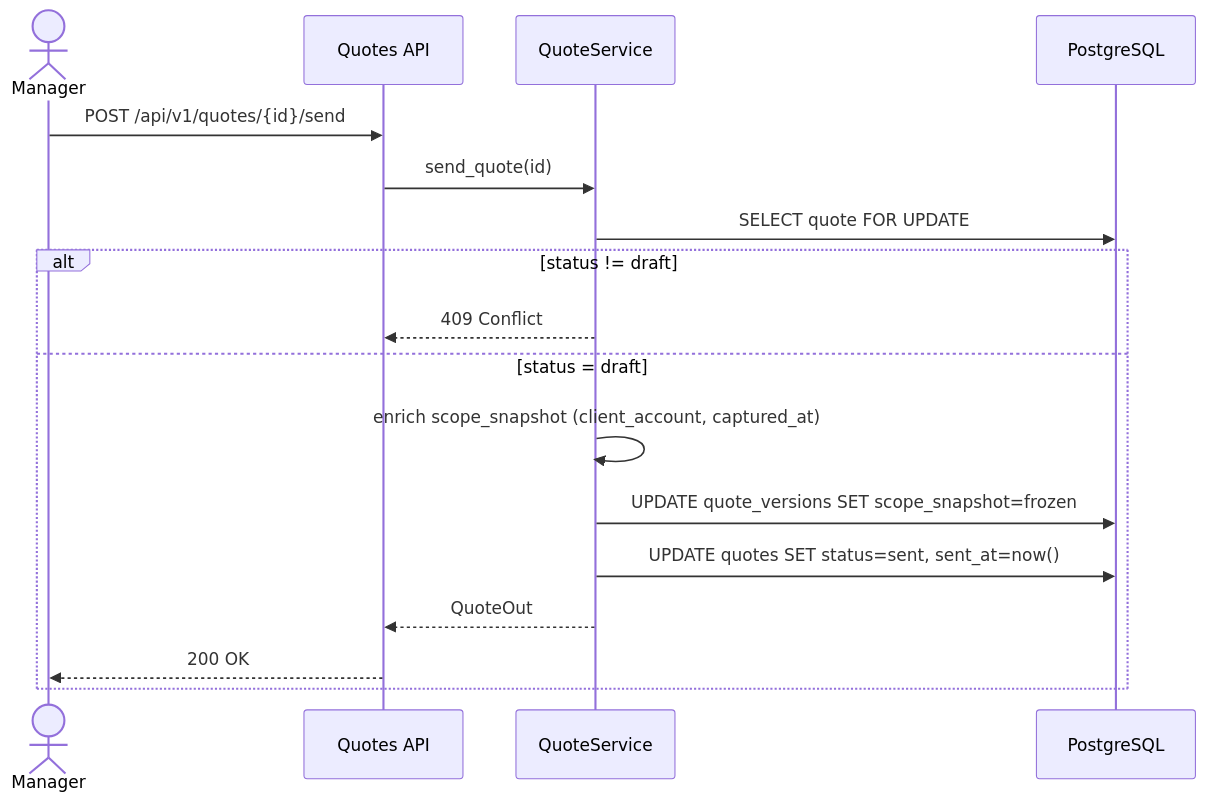
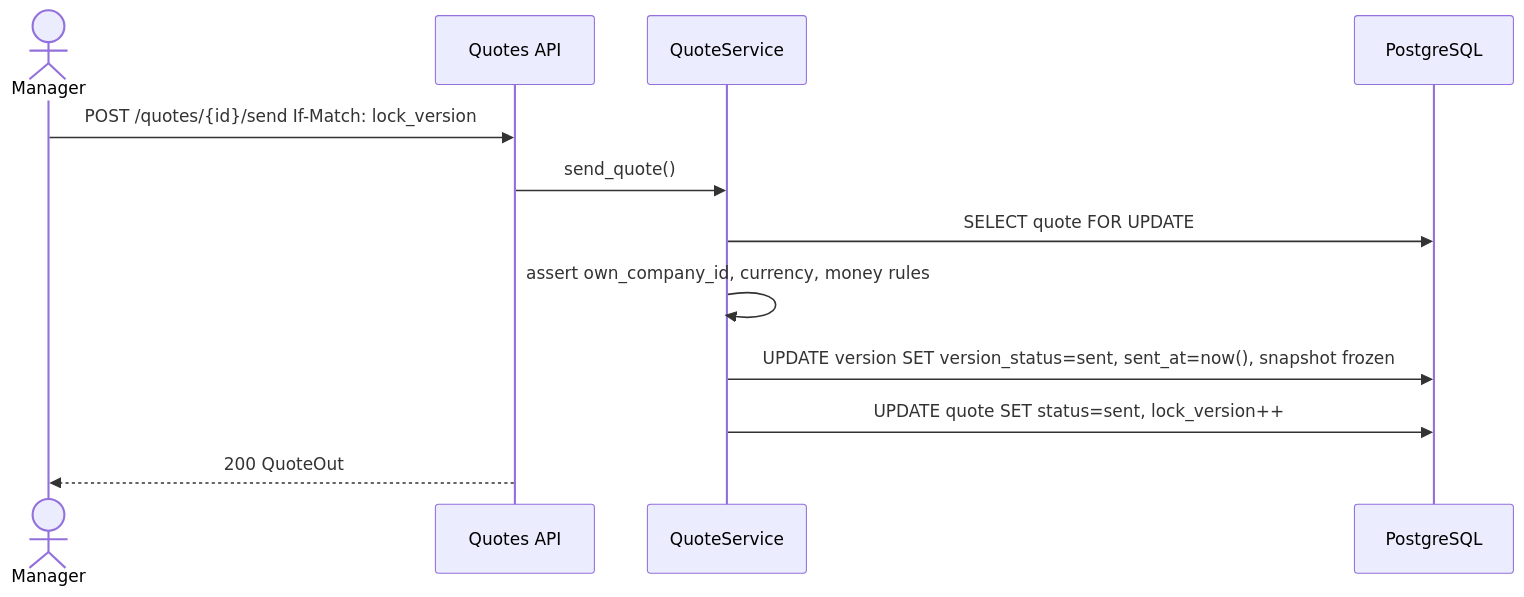
The second of 6 diagrams in docs/specs/workflows/stage-1b-quote-lifecycle-sequences.md (igortatarynovich/HostFlow), drawn with Mermaid before and after one commit. The commit also changed other lines of this file and 5 other files, not shown here.

````diff
--- a/docs/specs/workflows/stage-1b-quote-lifecycle-sequences.md
+++ b/docs/specs/workflows/stage-1b-quote-lifecycle-sequences.md
@@ -33,20 +30,15 @@
 ```mermaid
 sequenceDiagram
     actor M as Manager
     participant API as Quotes API
     participant SVC as QuoteService
     participant DB as PostgreSQL
 
-    M->>API: POST /api/v1/quotes/{id}/send
-    API->>SVC: send_quote(id)
+    M->>API: POST /quotes/{id}/send  If-Match: lock_version
+    API->>SVC: send_quote()
     SVC->>DB: SELECT quote FOR UPDATE
-    alt status != draft
-        SVC-->>API: 409 Conflict
-    else status = draft
-        SVC->>SVC: enrich scope_snapshot (client_account, captured_at)
-        SVC->>DB: UPDATE quote_versions SET scope_snapshot=frozen
-        SVC->>DB: UPDATE quotes SET status=sent, sent_at=now()
-        SVC-->>API: QuoteOut
-        API-->>M: 200 OK
-    end
+    SVC->>SVC: assert own_company_id, currency, money rules
+    SVC->>DB: UPDATE version SET version_status=sent, sent_at=now(), snapshot frozen
+    SVC->>DB: UPDATE quote SET status=sent, lock_version++
+    API-->>M: 200 QuoteOut
 ```
````
